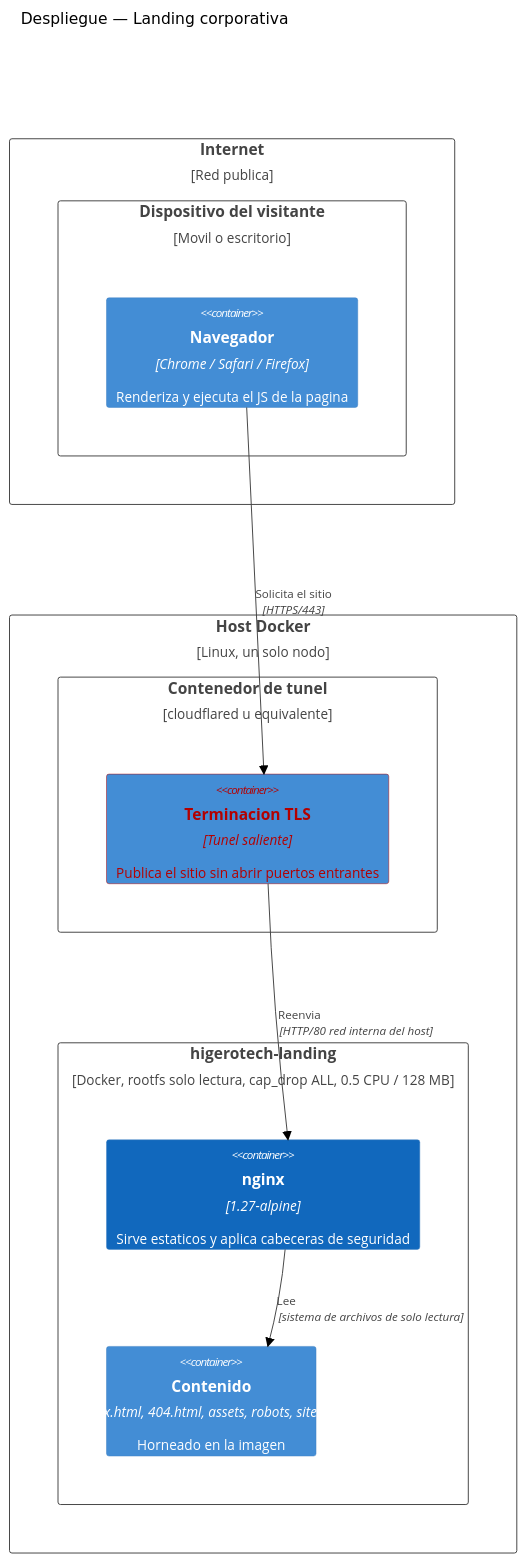
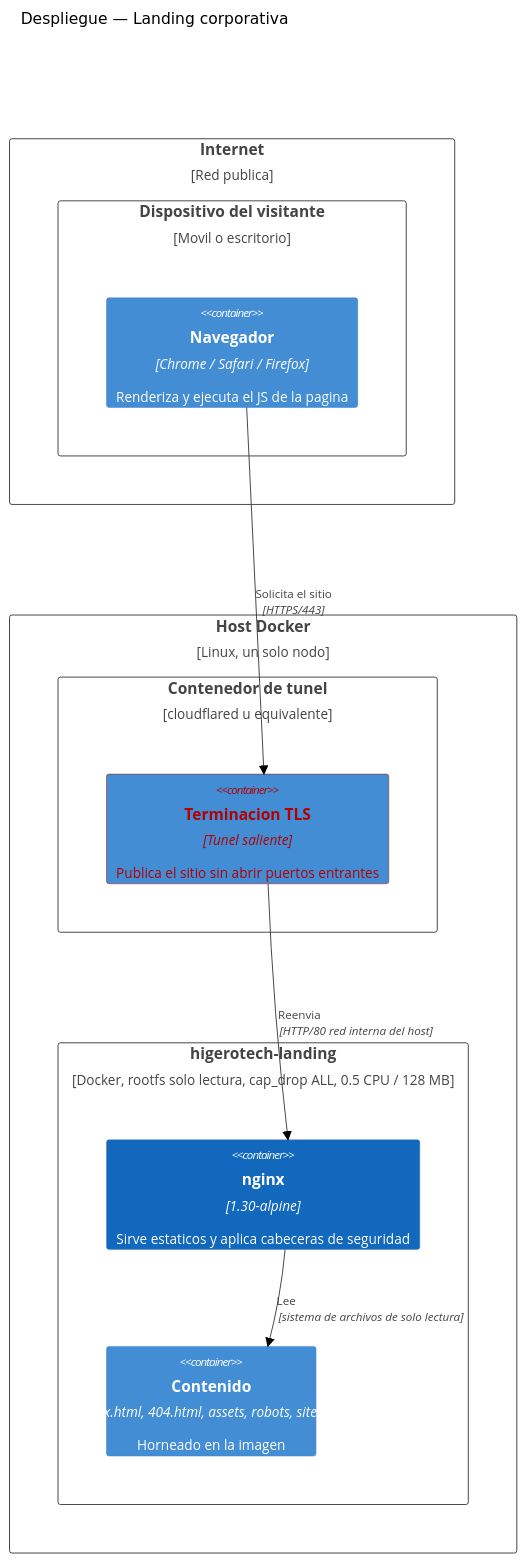
One commit to higerotech/landing changed the first of 3 diagrams in docs/05-deployment/deployment.md. Above: the diagram before and after it, drawn with Mermaid (neutral theme). The commit also changed 10 other files, not shown here.

First line of the commit message:
sec(docker): subir la imagen base a nginx:1.30-alpine

````diff
--- a/docs/05-deployment/deployment.md
+++ b/docs/05-deployment/deployment.md
@@ -14,28 +14,28 @@
 ```mermaid
 C4Deployment
     title Despliegue — Landing corporativa
 
     Deployment_Node(internet, "Internet", "Red publica") {
         Deployment_Node(cliente, "Dispositivo del visitante", "Movil o escritorio") {
             Container(navegador, "Navegador", "Chrome / Safari / Firefox", "Renderiza y ejecuta el JS de la pagina")
         }
     }
 
     Deployment_Node(host, "Host Docker", "Linux, un solo nodo") {
         Deployment_Node(tunel, "Contenedor de tunel", "cloudflared u equivalente") {
             Container(borde, "Terminacion TLS", "Tunel saliente", "Publica el sitio sin abrir puertos entrantes")
         }
         Deployment_Node(cont, "higerotech-landing", "Docker, rootfs solo lectura, cap_drop ALL, 0.5 CPU / 128 MB") {
-            Container(nginx, "nginx", "1.27-alpine", "Sirve estaticos y aplica cabeceras de seguridad")
+            Container(nginx, "nginx", "1.30-alpine", "Sirve estaticos y aplica cabeceras de seguridad")
             Container(archivos, "Contenido", "index.html, 404.html, assets, robots, sitemap", "Horneado en la imagen")
         }
     }
 
     Rel(navegador, borde, "Solicita el sitio", "HTTPS/443")
     Rel(borde, nginx, "Reenvia", "HTTP/80 red interna del host")
     Rel(nginx, archivos, "Lee", "sistema de archivos de solo lectura")
 
     UpdateElementStyle(nginx, $bgColor="#1168bd", $fontColor="#ffffff")
     UpdateElementStyle(borde, $borderColor="#b30000", $fontColor="#b30000")
     UpdateLayoutConfig($c4ShapeInRow="2", $c4BoundaryInRow="1")
 ```
````
